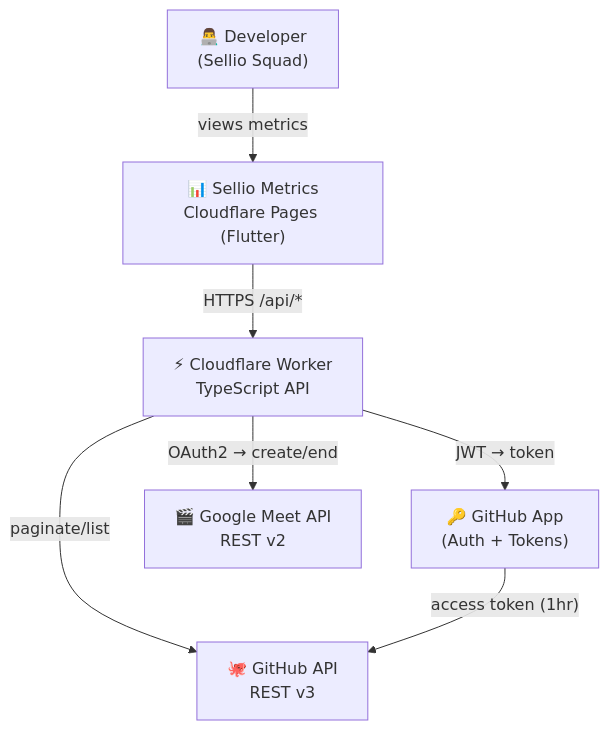
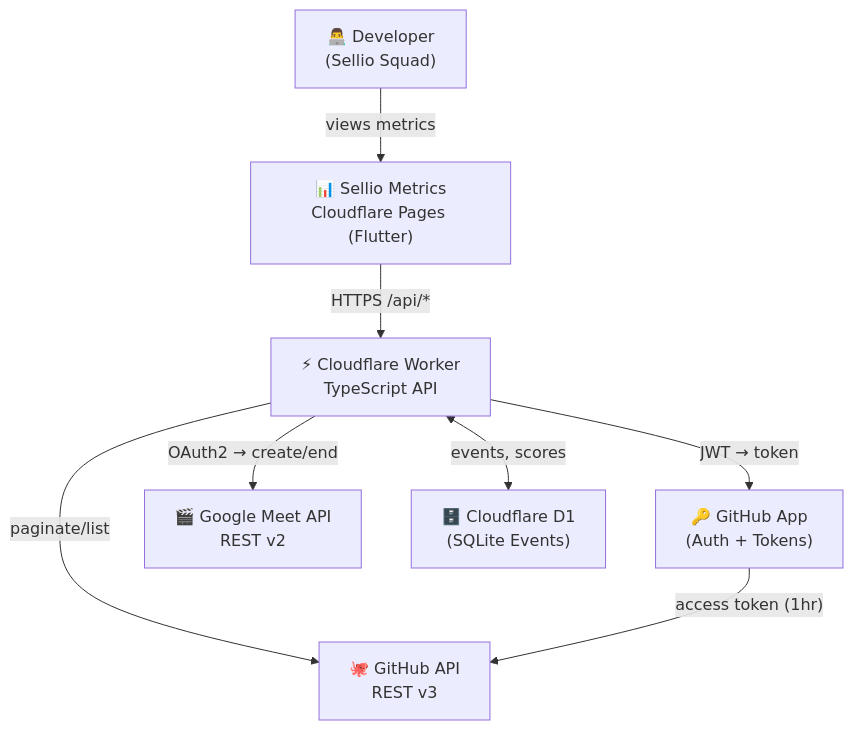
One commit to Sellio-Squad/sellio_metrics changed the first of 12 diagrams in ARCHITECTURE.md. Above: the diagram before and after it, drawn with Mermaid. The commit also changed other lines of this file and 14 other files, not shown here.

````diff
--- a/ARCHITECTURE.md
+++ b/ARCHITECTURE.md
@@ -9,16 +9,18 @@
 ```mermaid
 graph TB
     Dev["👨‍💻 Developer<br/>(Sellio Squad)"]
     Frontend["📊 Sellio Metrics<br/>Cloudflare Pages (Flutter)"]
     Backend["⚡ Cloudflare Worker<br/>TypeScript API"]
     GitHub["🐙 GitHub API<br/>REST v3"]
     GHApp["🔑 GitHub App<br/>(Auth + Tokens)"]
     Google["🎬 Google Meet API<br/>REST v2"]
+    D1["🗄️ Cloudflare D1<br/>(SQLite Events)"]
 
     Dev -->|"views metrics"| Frontend
     Frontend -->|"HTTPS /api/*"| Backend
     Backend -->|"paginate/list"| GitHub
     Backend -->|"JWT → token"| GHApp
     GHApp -->|"access token (1hr)"| GitHub
     Backend -->|"OAuth2 → create/end"| Google
+    Backend <-->|"events, scores"| D1
 ```
````
